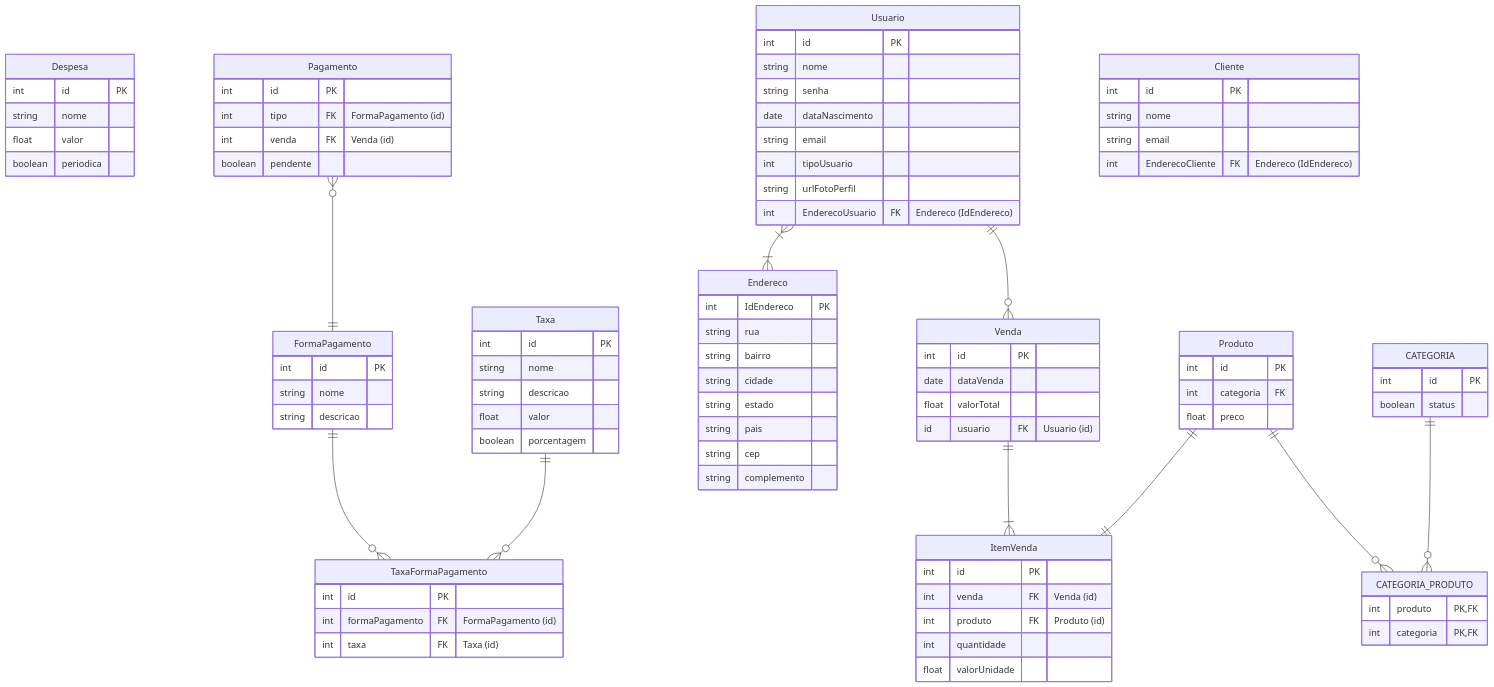
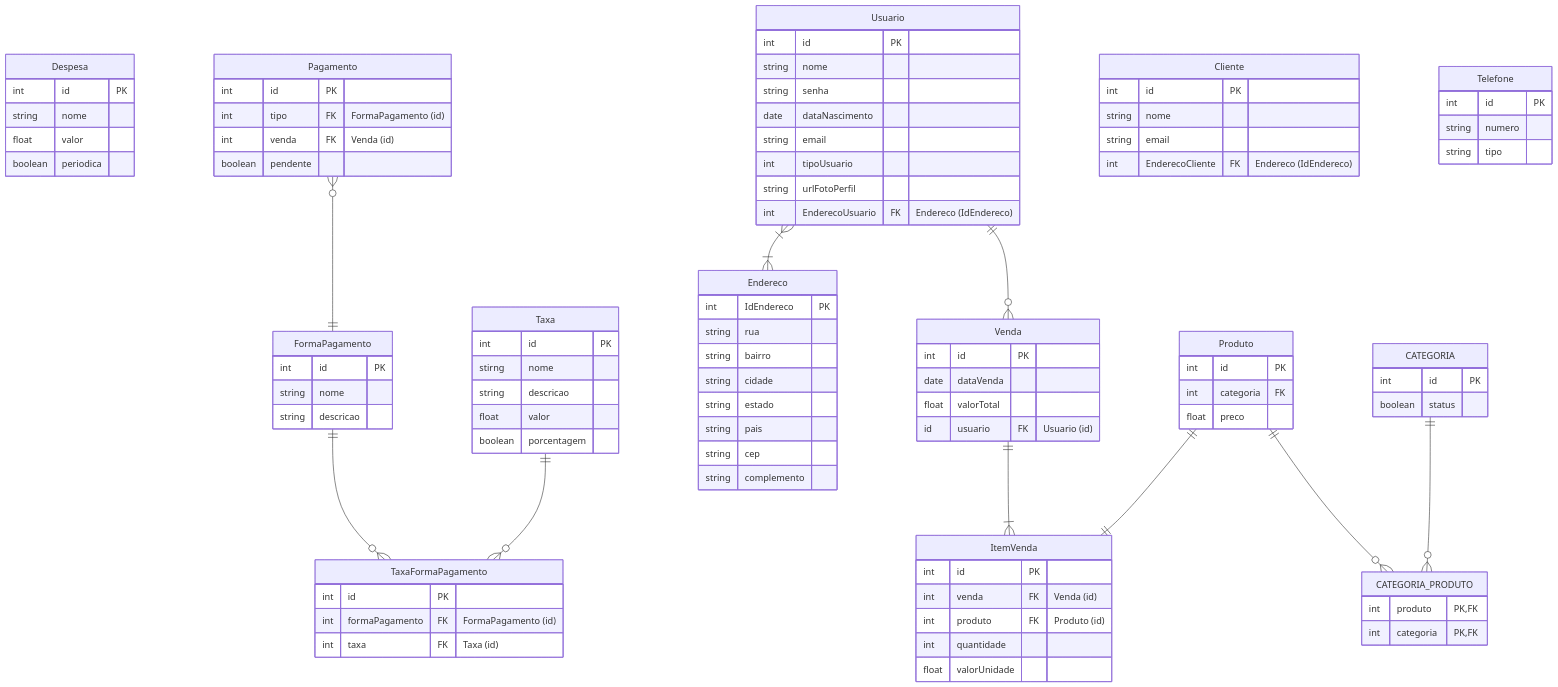
The diagram in docs/documento-de-modelos.md (Control-Cash/controlcash), drawn with Mermaid before and after one commit.

Commit message:
Update documento-de-modelos.md
Cria a tabela telefone #33

````diff
--- a/docs/documento-de-modelos.md
+++ b/docs/documento-de-modelos.md
@@ -117,4 +117,10 @@
     string email
     int EnderecoCliente FK "Endereco (IdEndereco)"
   }
+
+  Telefone {
+    int id PK
+    string numero
+    string tipo
+  }
 ```
````
